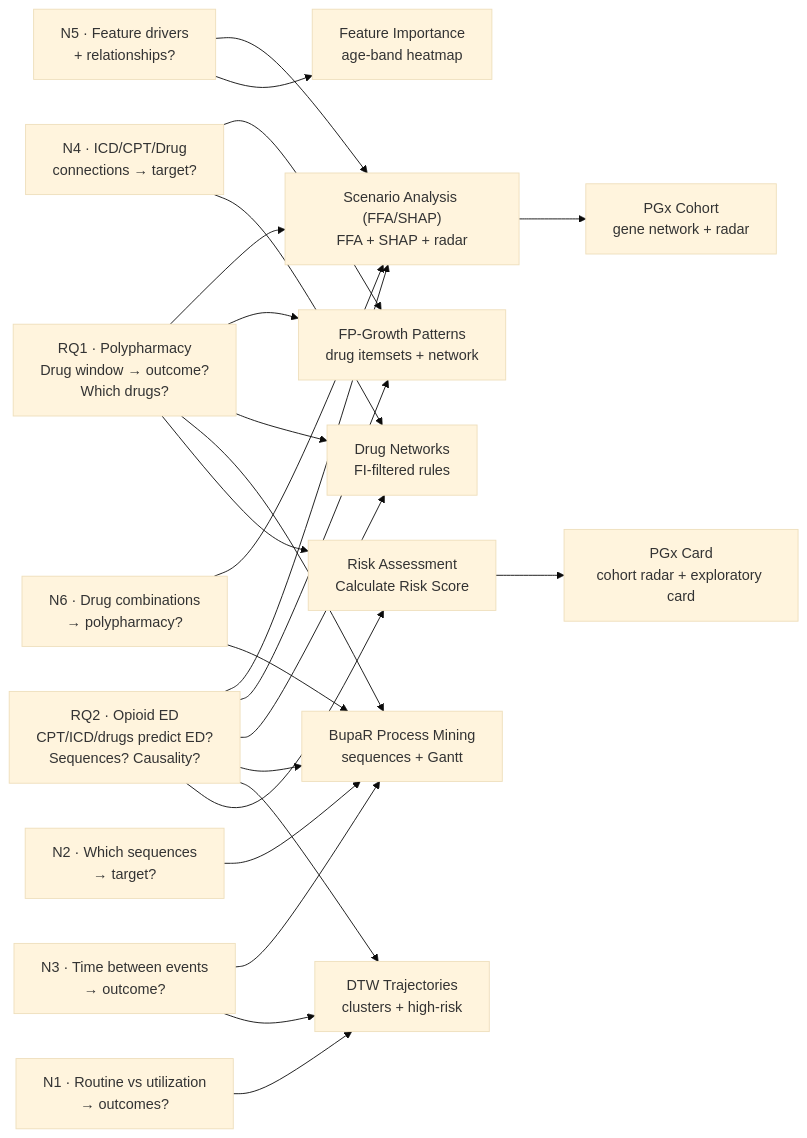
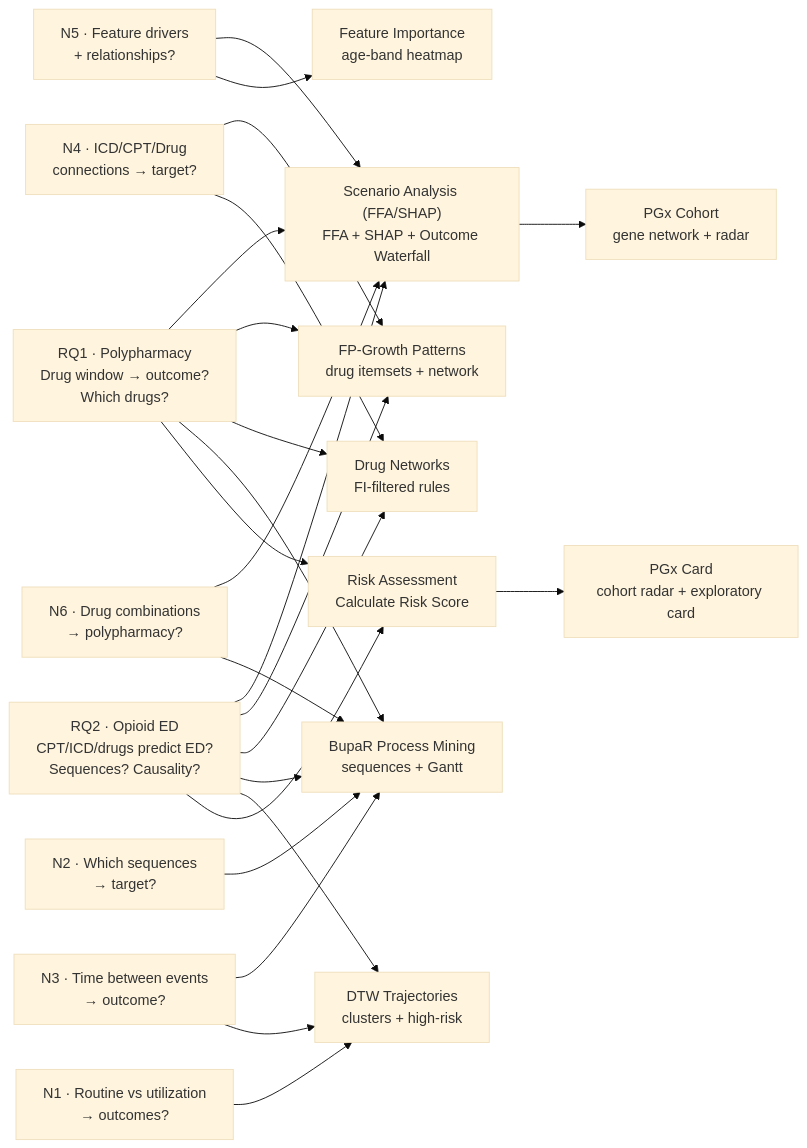
One commit to Jerome3590/pgx-analysis changed the second of 13 diagrams in 10_risk_dashboard/README.md. Above: the diagram before and after it, drawn with Mermaid (base theme). The commit also changed other lines of this file and 2 other files, not shown here.

Commit message:
feat(dashboard): sync Scenario Analysis Outcome Waterfall, ffa_norm, and README workflows

````diff
--- a/10_risk_dashboard/README.md
+++ b/10_risk_dashboard/README.md
@@ -100,32 +100,32 @@
 ```mermaid
 flowchart LR
     RQ1["RQ1 · Polypharmacy\nDrug window → outcome?\nWhich drugs?"]
     RQ2["RQ2 · Opioid ED\nCPT/ICD/drugs predict ED?\nSequences? Causality?"]
     N1["N1 · Routine vs utilization\n→ outcomes?"]
     N2["N2 · Which sequences\n→ target?"]
     N3["N3 · Time between events\n→ outcome?"]
     N4["N4 · ICD/CPT/Drug\nconnections → target?"]
     N5["N5 · Feature drivers\n+ relationships?"]
     N6["N6 · Drug combinations\n→ polypharmacy?"]
 
-    RA["Scenario Analysis (FFA/SHAP)\nFFA + SHAP + radar"]
+    RA["Scenario Analysis (FFA/SHAP)\nFFA + SHAP + Outcome Waterfall"]
     FI["Feature Importance\nage-band heatmap"]
     FP["FP-Growth Patterns\ndrug itemsets + network"]
     DN["Drug Networks\nFI-filtered rules"]
     BP["BupaR Process Mining\nsequences + Gantt"]
     DT["DTW Trajectories\nclusters + high-risk"]
     PG["PGx Cohort\ngene network + radar"]
     RS["Risk Assessment\nCalculate Risk Score"]
     PC["PGx Card\ncohort radar + exploratory card"]
 
     RQ1 --> RA & FP & DN & BP & RS
     RQ2 --> RA & FP & DN & BP & DT & RS
     N1  --> DT
     N2  --> BP
     N3  --> BP & DT
     N4  --> FP & DN
     N5  --> RA & FI
     N6  --> RA & BP
     RA  --> PG
     RS  --> PC
 ```
````
